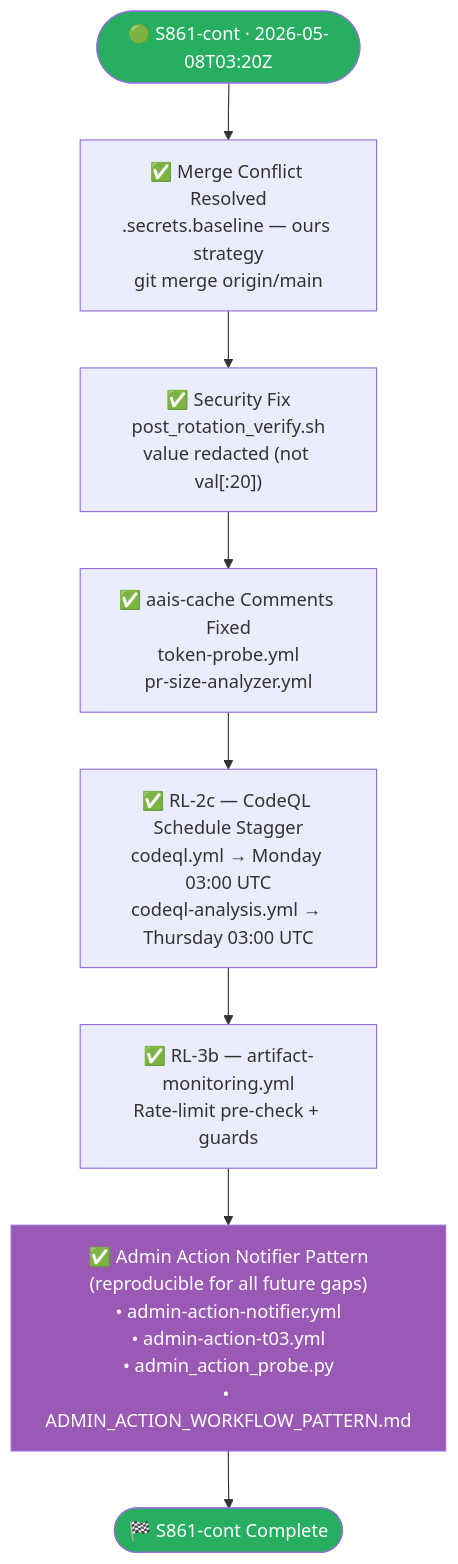
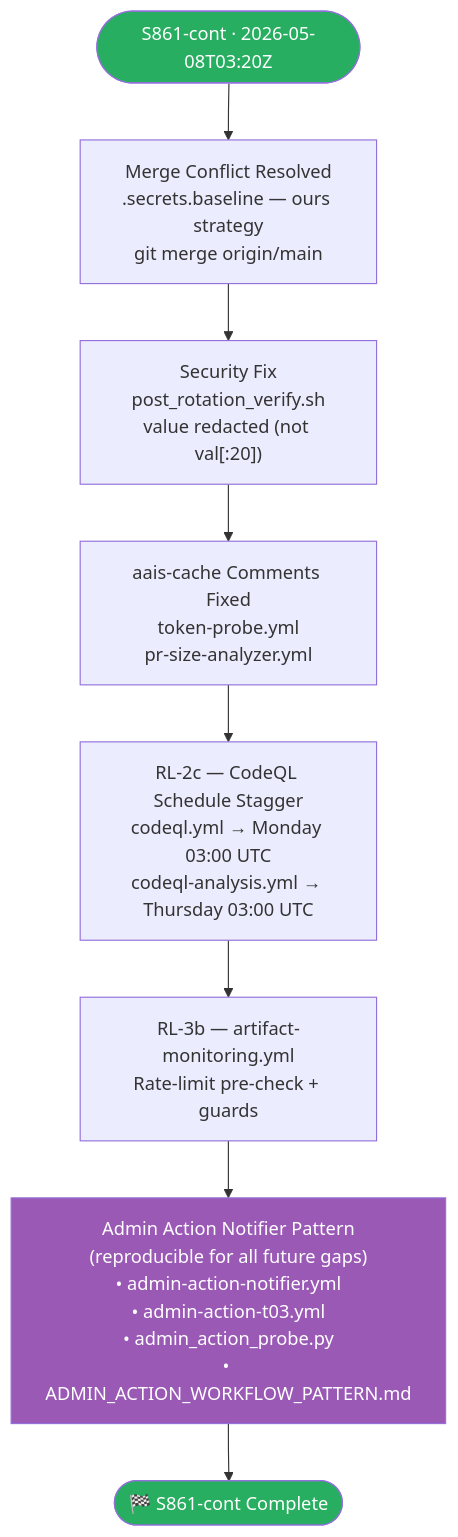
One commit to Aries-Serpent/_codex_ changed the third of 26 diagrams in docs/sessions/PR4346_session_diagram.md. Above: the diagram before and after it, drawn with Mermaid. The commit also changed other lines of this file and 2029 other files, not shown here.

````diff
--- a/docs/sessions/PR4346_session_diagram.md
+++ b/docs/sessions/PR4346_session_diagram.md
@@ -61,23 +63,23 @@
 ```mermaid
-%%{init: {'accessibility': {'title': 'Flowchart showing "🟢 S861-cont · 2026-05-08T03:20Z", "✅ Merge Conflict Resolved\n.secrets.baseline — ours strategy\ngit merge origin/main"'}}%%
+%%{init: {'accessibility': {'title': 'Flowchart showing " S861-cont · 2026-05-08T03:20Z", " Merge Conflict Resolved\n.secrets.baseline — ours strategy\ngit merge origin/main"'}}%%
 flowchart TD
-    START2(["🟢 S861-cont · 2026-05-08T03:20Z"]) --> MERGE
+    START2([" S861-cont · 2026-05-08T03:20Z"]) --> MERGE
 
-    MERGE["✅ Merge Conflict Resolved\n.secrets.baseline — ours strategy\ngit merge origin/main"] --> SEC
+    MERGE[" Merge Conflict Resolved\n.secrets.baseline — ours strategy\ngit merge origin/main"] --> SEC
 
-    SEC["✅ Security Fix\npost_rotation_verify.sh\nvalue redacted (not val[:20])"] --> CACHE
+    SEC[" Security Fix\npost_rotation_verify.sh\nvalue redacted (not val[:20])"] --> CACHE
 
-    CACHE["✅ aais-cache Comments Fixed\ntoken-probe.yml\npr-size-analyzer.yml"] --> RL2C
+    CACHE[" aais-cache Comments Fixed\ntoken-probe.yml\npr-size-analyzer.yml"] --> RL2C
 
-    RL2C["✅ RL-2c — CodeQL Schedule Stagger\ncodeql.yml → Monday 03:00 UTC\ncodeql-analysis.yml → Thursday 03:00 UTC"] --> RL3B
+    RL2C[" RL-2c — CodeQL Schedule Stagger\ncodeql.yml → Monday 03:00 UTC\ncodeql-analysis.yml → Thursday 03:00 UTC"] --> RL3B
 
-    RL3B["✅ RL-3b — artifact-monitoring.yml\nRate-limit pre-check + guards"] --> ADMIN
+    RL3B[" RL-3b — artifact-monitoring.yml\nRate-limit pre-check + guards"] --> ADMIN
 
-    ADMIN["✅ Admin Action Notifier Pattern\n(reproducible for all future gaps)\n• admin-action-notifier.yml\n• admin-action-t03.yml\n• admin_action_probe.py\n• ADMIN_ACTION_WORKFLOW_PATTERN.md"] --> END2
+    ADMIN[" Admin Action Notifier Pattern\n(reproducible for all future gaps)\n• admin-action-notifier.yml\n• admin-action-t03.yml\n• admin_action_probe.py\n• ADMIN_ACTION_WORKFLOW_PATTERN.md"] --> END2
 
     END2(["🏁 S861-cont Complete"])
 
     style START2 fill:#27ae60,color:#fff
     style END2 fill:#27ae60,color:#fff
     style ADMIN fill:#9b59b6,color:#fff
 ```
````
